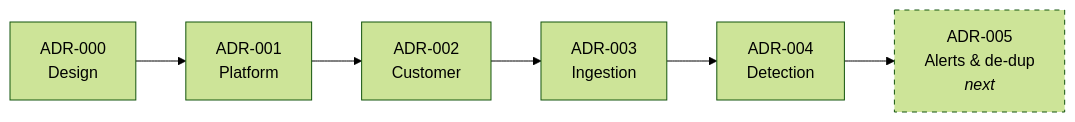
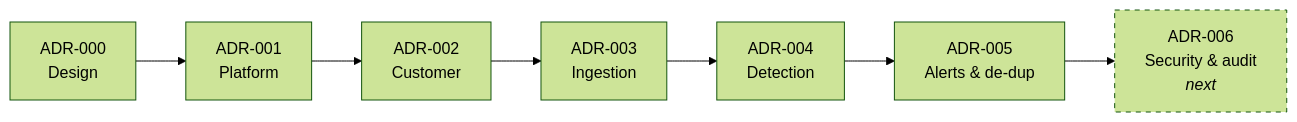
Before and after one commit to iamrupambiswas/sentinel-aml: the diagram in docs/ADR/README.md, drawn with Mermaid (forest theme). The commit also changed other lines of this file and 88 other files, not shown here.

First line of the commit message:
feat(p5): alerts with de-dup, live rule tuning, DLQ replay, account risk

````diff
--- a/docs/ADR/README.md
+++ b/docs/ADR/README.md
@@ -17,5 +18,5 @@
 ```mermaid
 flowchart LR
-    A0[ADR-000<br/>Design] --> A1[ADR-001<br/>Platform] --> A2[ADR-002<br/>Customer] --> A3[ADR-003<br/>Ingestion] --> A4[ADR-004<br/>Detection] --> A5[ADR-005<br/>Alerts & de-dup<br/><i>next</i>]
-    style A5 stroke-dasharray: 5 5
+    A0[ADR-000<br/>Design] --> A1[ADR-001<br/>Platform] --> A2[ADR-002<br/>Customer] --> A3[ADR-003<br/>Ingestion] --> A4[ADR-004<br/>Detection] --> A5[ADR-005<br/>Alerts & de-dup] --> A6[ADR-006<br/>Security & audit<br/><i>next</i>]
+    style A6 stroke-dasharray: 5 5
 ```
````
